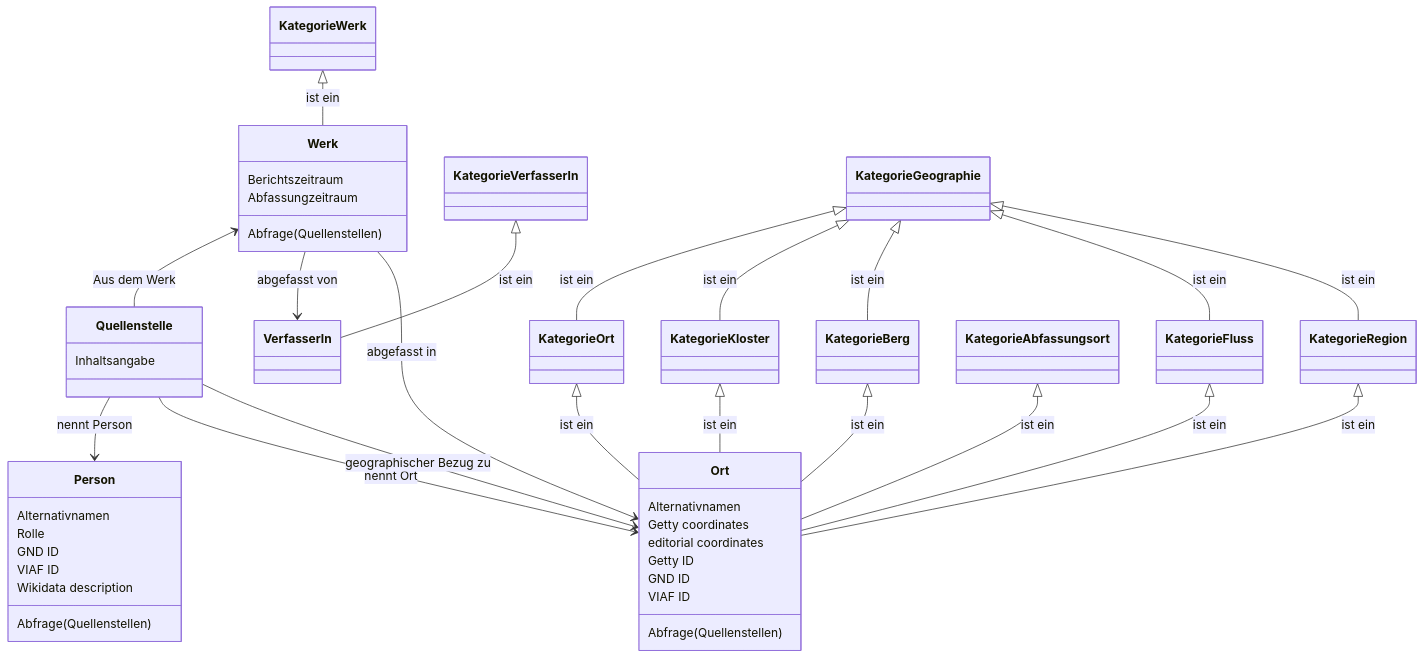
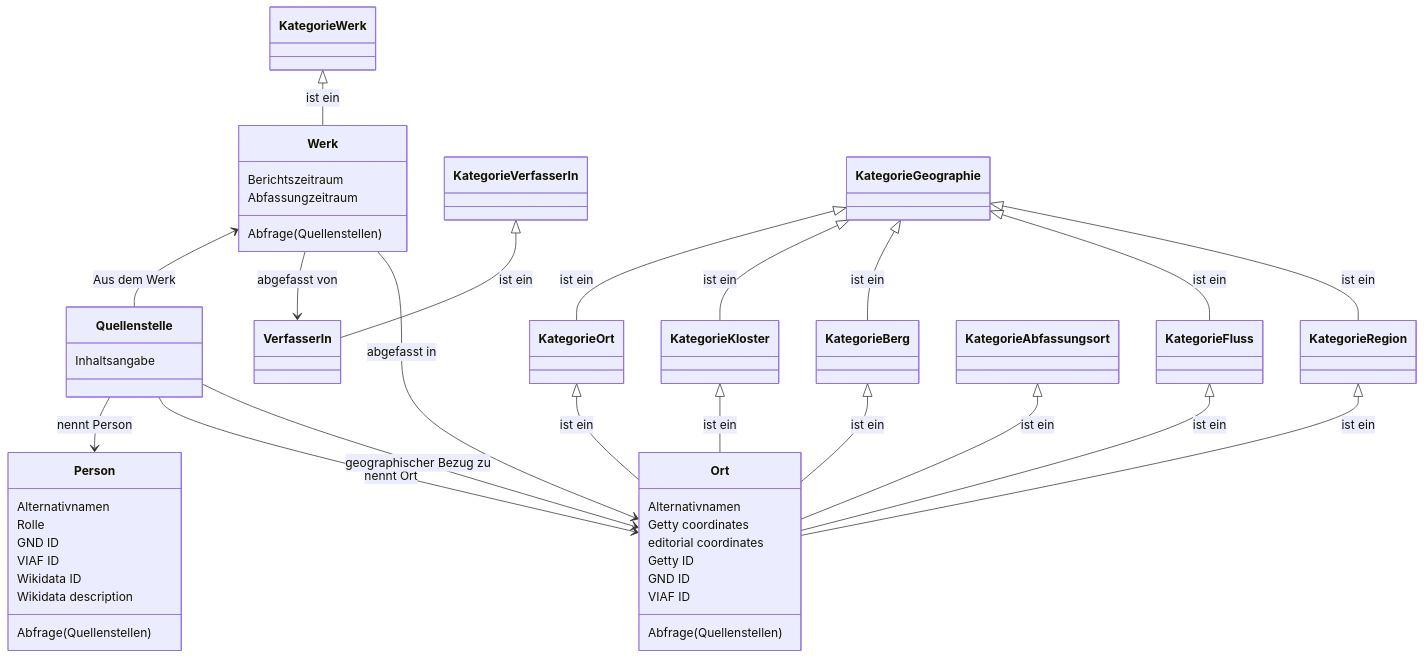
One commit to cceh/sarazenen-wiki changed the diagram in datenmodell/Readme.MD. Above: the diagram before and after it, drawn with Mermaid.

````diff
--- a/datenmodell/Readme.MD
+++ b/datenmodell/Readme.MD
@@ -1,71 +1,72 @@
 ```mermaid
 
 classDiagram
 
     class KategorieWerk
     KategorieWerk <|-- Werk : ist ein 
     
     cass KategorieVerfasserIn
     KategorieVerfasserIn <|-- VerfasserIn : ist ein 
     
     class KategorieGeographie
     KategorieGeographie <|-- KategorieOrt: ist ein
     KategorieGeographie <|-- KategorieKloster: ist ein
     KategorieGeographie <|-- KategorieBerg: ist ein
     KategorieGeographie <|-- KategorieFluss: ist ein
     KategorieGeographie <|-- KategorieRegion: ist ein
     
     class KategorieOrt
     KategorieOrt <|-- Ort : ist ein 
     
     class KategorieKloster
     KategorieKloster <|-- Ort : ist ein 
     
     class KategorieBerg
     KategorieBerg <|-- Ort : ist ein 
     
     class KategorieFluss
     KategorieFluss <|-- Ort : ist ein 
     
     class KategorieRegion
     KategorieRegion <|-- Ort : ist ein
     
     class KategorieAbfassungsort
     KategorieAbfassungsort <|-- Ort : ist ein 
     
     class Werk
     Werk: Berichtszeitraum 
     Werk: Abfassungzeitraum
     Werk <-- Quellenstelle : Aus dem Werk
     Werk --> VerfasserIn : abgefasst von
     Werk --> Ort : abgefasst in
     Werk: Abfrage(Quellenstellen)
     
     class VerfasserIn
 
     class Quellenstelle
     Quellenstelle: Inhaltsangabe
     Quellenstelle --> Person : nennt Person
     Quellenstelle --> Ort : nennt Ort  
     Quellenstelle --> Ort : geographischer Bezug zu 
 
     class Person
     Person: Alternativnamen
     Person: Rolle
     Person: GND ID
     Person: VIAF ID
+    Person: Wikidata ID
     Person: Wikidata description
     Person: Abfrage(Quellenstellen)
 
     class Ort
     Ort: Alternativnamen
     Ort: Getty coordinates
     Ort: editorial coordinates
     Ort: Getty ID
     Ort: GND ID
     Ort: VIAF ID
     Ort: Abfrage(Quellenstellen)
     
 end
 
 ```
````
